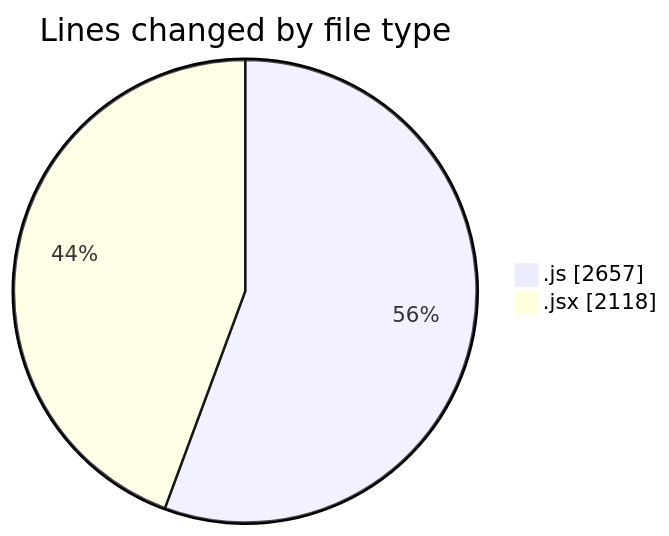
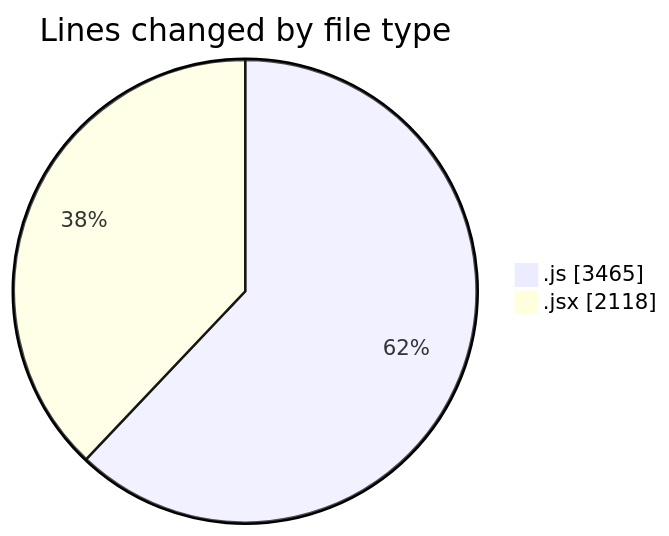
The first of 2 diagrams in 2025-09-01/nxtqube_webapp/README.md (nxtqubesakshisongat/code-tracking), drawn with Mermaid before and after one commit. The commit also changed other lines of this file and 1 other file, not shown here.

````diff
--- a/2025-09-01/nxtqube_webapp/README.md
+++ b/2025-09-01/nxtqube_webapp/README.md
@@ -25,6 +25,6 @@
 ```mermaid
 pie showData
 title Lines changed by file type
-".js" : 2657
+".js" : 3465
 ".jsx" : 2118
 ```
````
